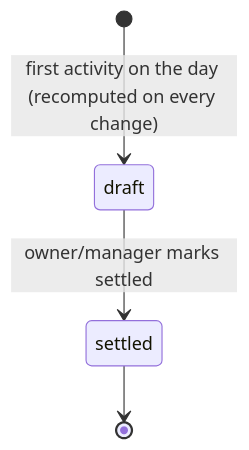
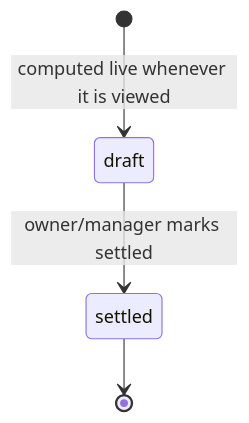
One commit to hritambh/taxcy changed the diagram in docs/domain/settlement.md. Above: the diagram before and after it, drawn with Mermaid. The commit also changed other lines of this file and 7 other files, not shown here.

````diff
--- a/docs/domain/settlement.md
+++ b/docs/domain/settlement.md
@@ -71,6 +71,6 @@
 ```mermaid
 stateDiagram-v2
-  [*] --> draft: first activity on the day (recomputed on every change)
+  [*] --> draft: computed live whenever it is viewed
   draft --> settled: owner/manager marks settled
   settled --> [*]
 ```
````
